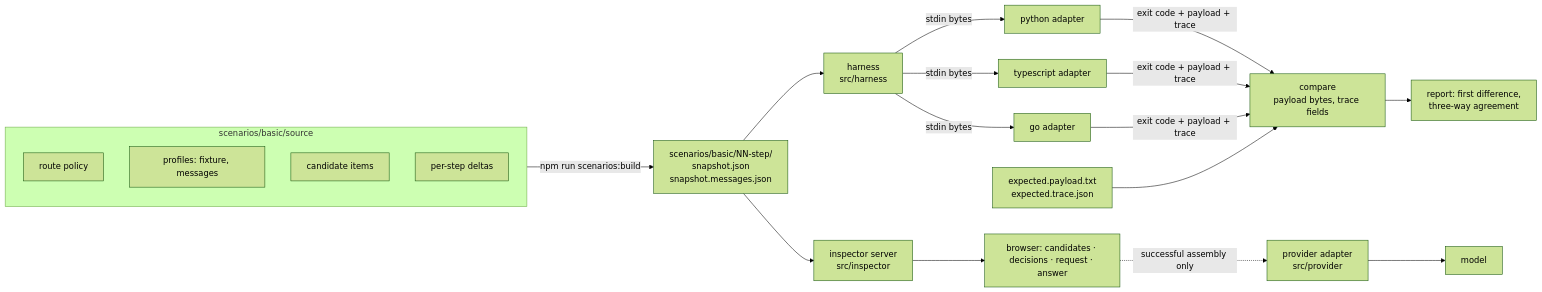
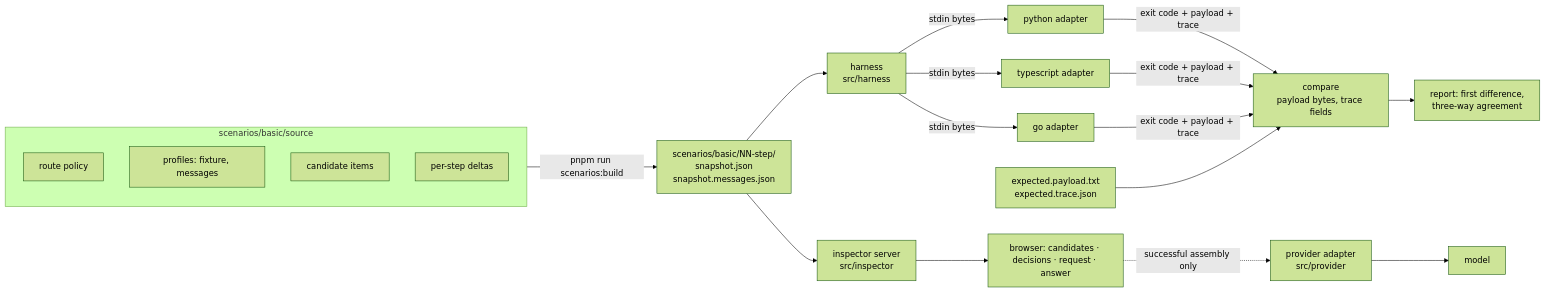
The diagram in docs/PLAN.md (contextwindowarchitecture/assembler-demo), drawn with Mermaid (forest theme) before and after one commit. The commit also changed other lines of this file and 17 other files, not shown here.

First line of the commit message:
build: move the project to pnpm

````diff
--- a/docs/PLAN.md
+++ b/docs/PLAN.md
@@ -39,21 +39,21 @@
 ```mermaid
 flowchart LR
     subgraph src["scenarios/basic/source"]
         RP["route policy"]
         PR["profiles: fixture, messages"]
         IT["candidate items"]
         DL["per-step deltas"]
     end
-    src -->|"npm run scenarios:build"| SN["scenarios/basic/NN-step/<br/>snapshot.json<br/>snapshot.messages.json"]
+    src -->|"pnpm run scenarios:build"| SN["scenarios/basic/NN-step/<br/>snapshot.json<br/>snapshot.messages.json"]
     SN --> H["harness<br/>src/harness"]
     H -->|stdin bytes| PY["python adapter"]
     H -->|stdin bytes| TS["typescript adapter"]
     H -->|stdin bytes| GO["go adapter"]
     PY & TS & GO -->|"exit code + payload + trace"| C["compare<br/>payload bytes, trace fields"]
     EX["expected.payload.txt<br/>expected.trace.json"] --> C
     C --> R["report: first difference,<br/>three-way agreement"]
     SN --> I["inspector server<br/>src/inspector"]
     I --> UI["browser: candidates · decisions · request · answer"]
     UI -. "successful assembly only" .-> PA["provider adapter<br/>src/provider"]
     PA --> LLM["model"]
 ```
````
